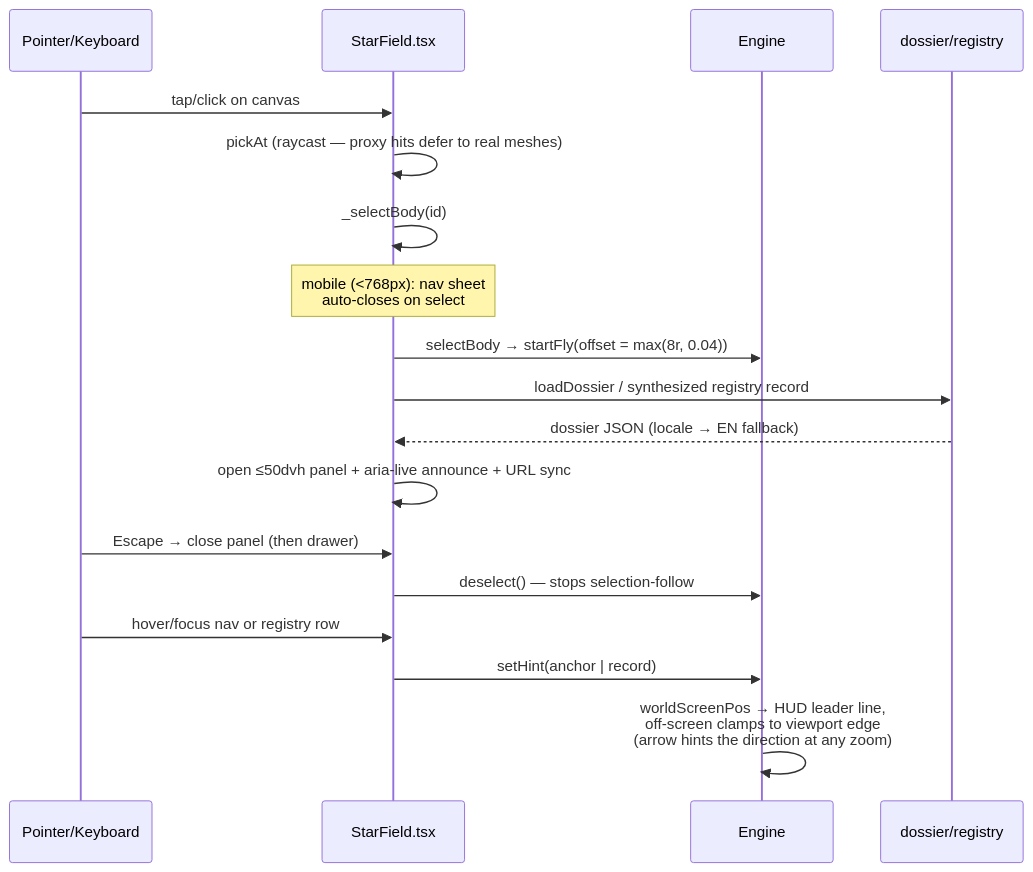
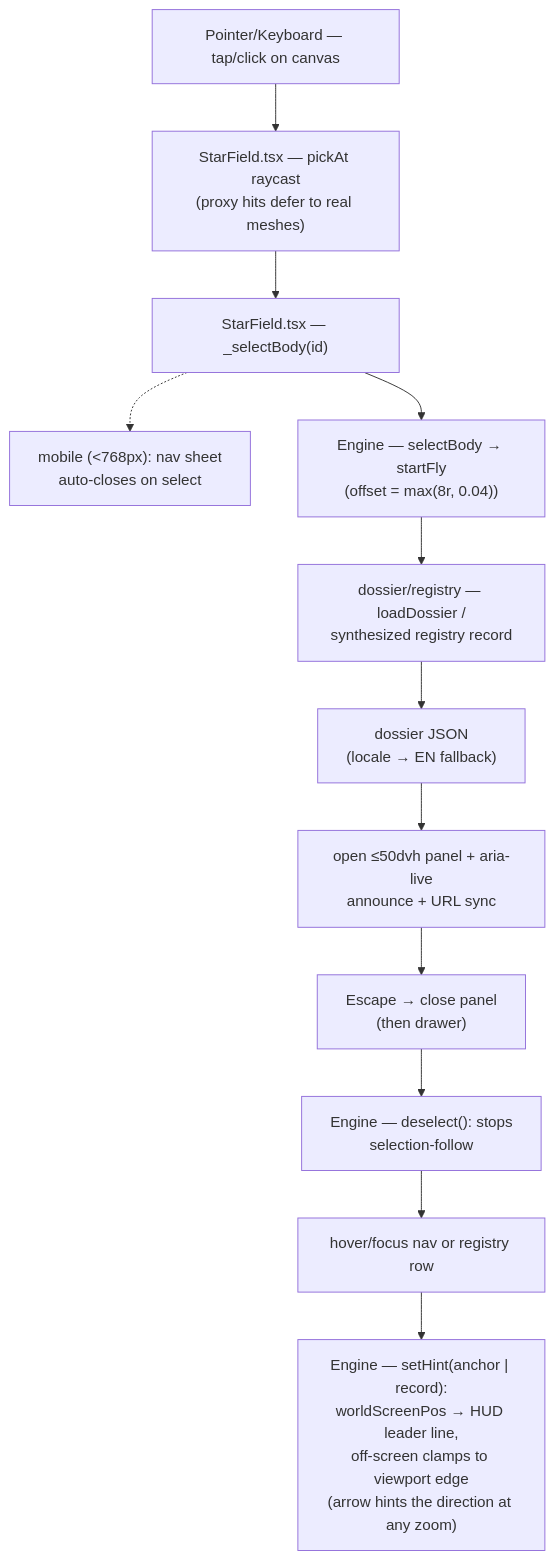
One commit to LuisKrotz/luiskr.com-V3-shared changed the seventh of 8 diagrams in docs/architecture/star-field.md. Above: the diagram before and after it, drawn with Mermaid. The commit also changed other lines of this file and 24 other files, not shown here.

First line of the commit message:
feat: live-translated locale pages at public paths + vertical mermaid

````diff
--- a/docs/architecture/star-field.md
+++ b/docs/architecture/star-field.md
@@ -337,21 +294,14 @@
 ```mermaid
-sequenceDiagram
-    participant P as Pointer/Keyboard
-    participant C as StarField.tsx
-    participant E as Engine
-    participant D as dossier/registry
-
-    P->>C: tap/click on canvas
-    C->>C: pickAt (raycast — proxy hits defer to real meshes)
-    C->>C: _selectBody(id)
-    Note over C: mobile (<768px): nav sheet<br/>auto-closes on select
-    C->>E: selectBody → startFly(offset = max(8r, 0.04))
-    C->>D: loadDossier / synthesized registry record
-    D-->>C: dossier JSON (locale → EN fallback)
-    C->>C: open ≤50dvh panel + aria-live announce + URL sync
-    P->>C: Escape → close panel (then drawer)
-    C->>E: deselect() — stops selection-follow
-    P->>C: hover/focus nav or registry row
-    C->>E: setHint(anchor | record)
-    E->>E: worldScreenPos → HUD leader line,<br/>off-screen clamps to viewport edge<br/>(arrow hints the direction at any zoom)
+flowchart TB
+    S1["Pointer/Keyboard — tap/click on canvas"] --> S2["StarField.tsx — pickAt raycast<br/>(proxy hits defer to real meshes)"]
+    S2 --> S3["StarField.tsx — _selectBody(id)"]
+    S3 -.-> N1["mobile (<768px): nav sheet<br/>auto-closes on select"]
+    S3 --> S4["Engine — selectBody → startFly<br/>(offset = max(8r, 0.04))"]
+    S4 --> S5["dossier/registry — loadDossier /<br/>synthesized registry record"]
+    S5 --> S6["dossier JSON<br/>(locale → EN fallback)"]
+    S6 --> S7["open ≤50dvh panel + aria-live<br/>announce + URL sync"]
+    S7 --> S8["Escape → close panel<br/>(then drawer)"]
+    S8 --> S9["Engine — deselect(): stops<br/>selection-follow"]
+    S9 --> S10["hover/focus nav or registry row"]
+    S10 --> S11["Engine — setHint(anchor | record):<br/>worldScreenPos → HUD leader line,<br/>off-screen clamps to viewport edge<br/>(arrow hints the direction at any zoom)"]
 ```
````
